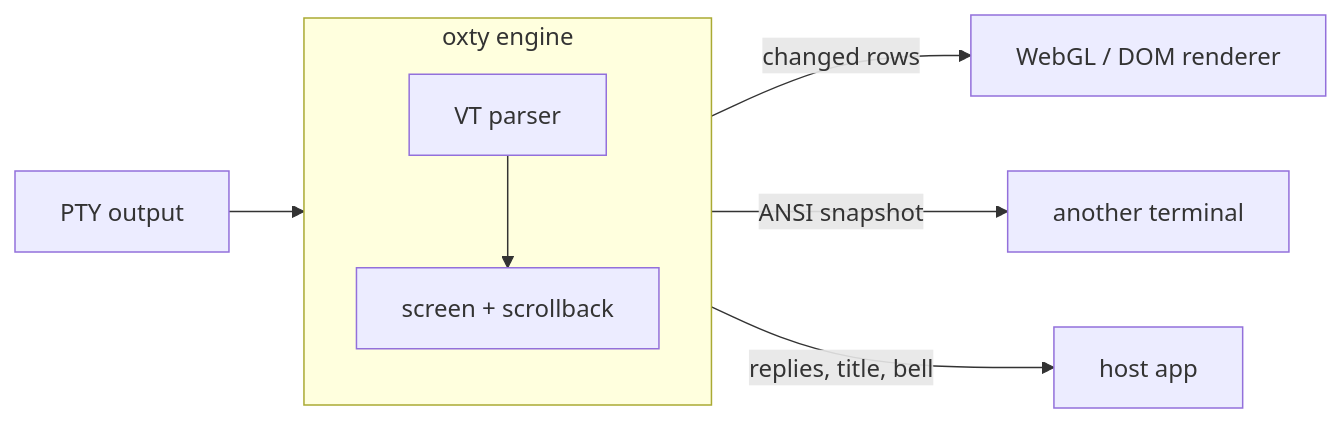
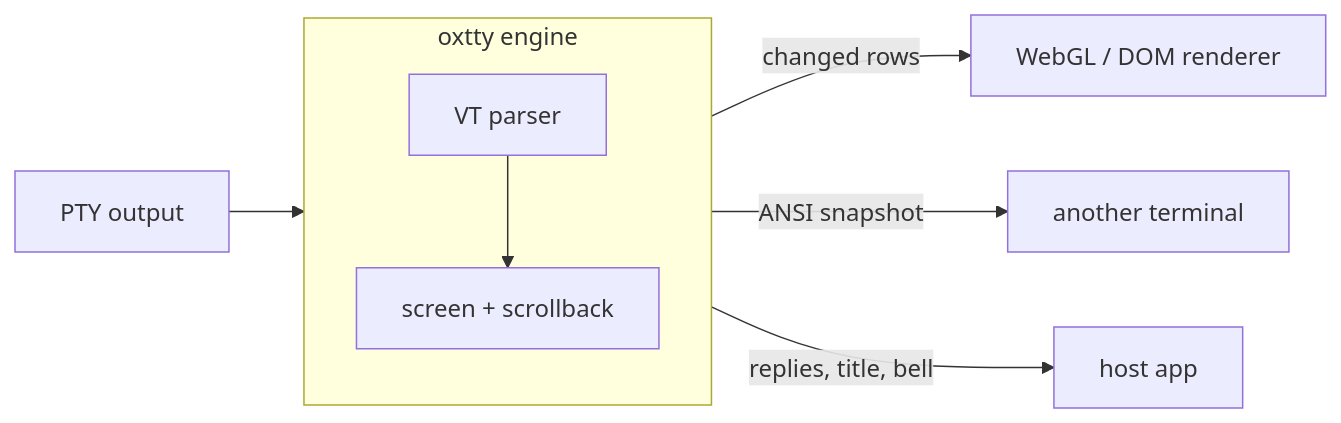
One commit to openwong2kim/oxty changed the diagram in README.md. Above: the diagram before and after it, drawn with Mermaid. The commit also changed other lines of this file and 146 other files, not shown here.

First line of the commit message:
이름 변경: oxty → oxtty — 크레이트·npm 패키지·폴더·식별자·문서·CI

````diff
--- a/README.md
+++ b/README.md
@@ -31,11 +31,11 @@
 ```mermaid
 flowchart LR
   pty["PTY output"] --> engine
-  subgraph engine["oxty engine"]
+  subgraph engine["oxtty engine"]
     direction TB
     parser["VT parser"] --> screen["screen + scrollback"]
   end
   engine -- "changed rows" --> r1["WebGL / DOM renderer"]
   engine -- "ANSI snapshot" --> r2["another terminal"]
   engine -- "replies, title, bell" --> host["host app"]
 ```
````
